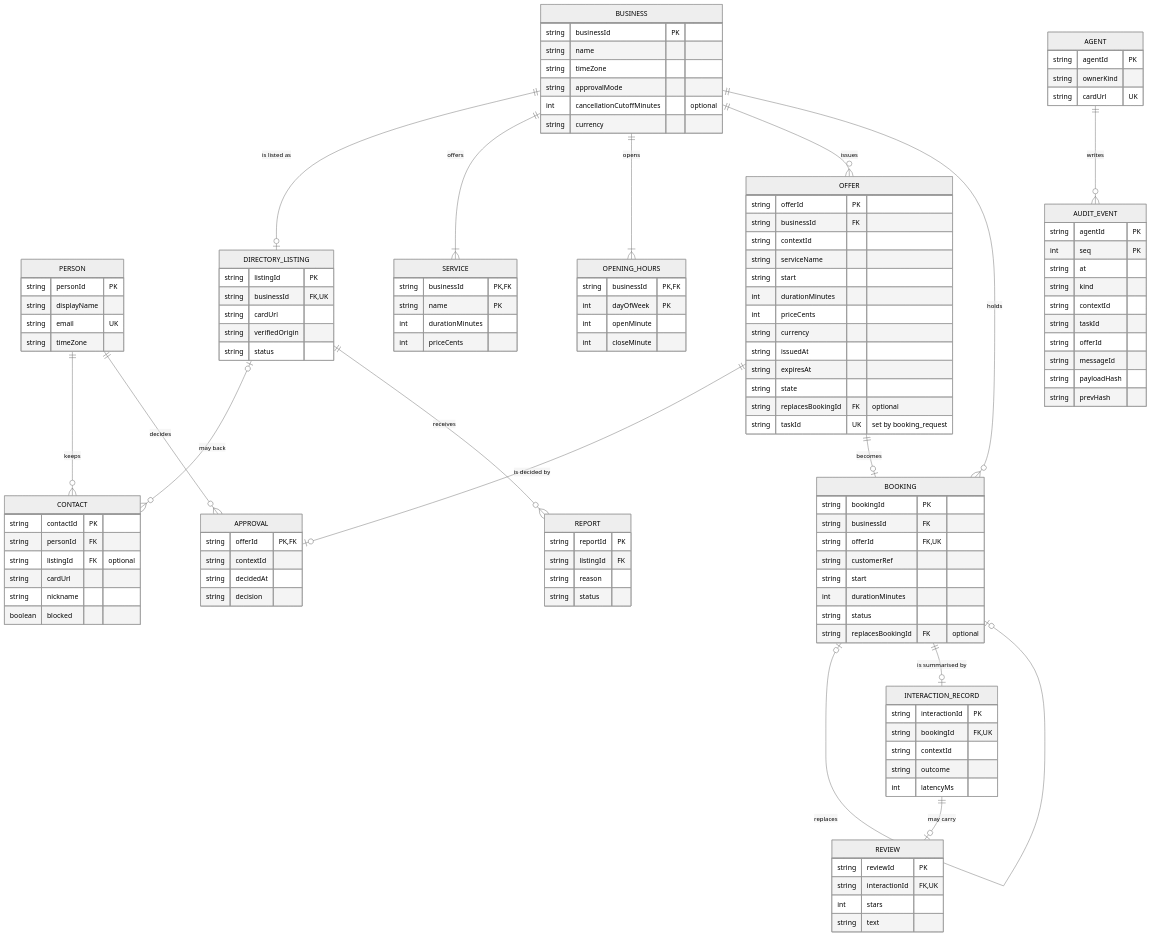
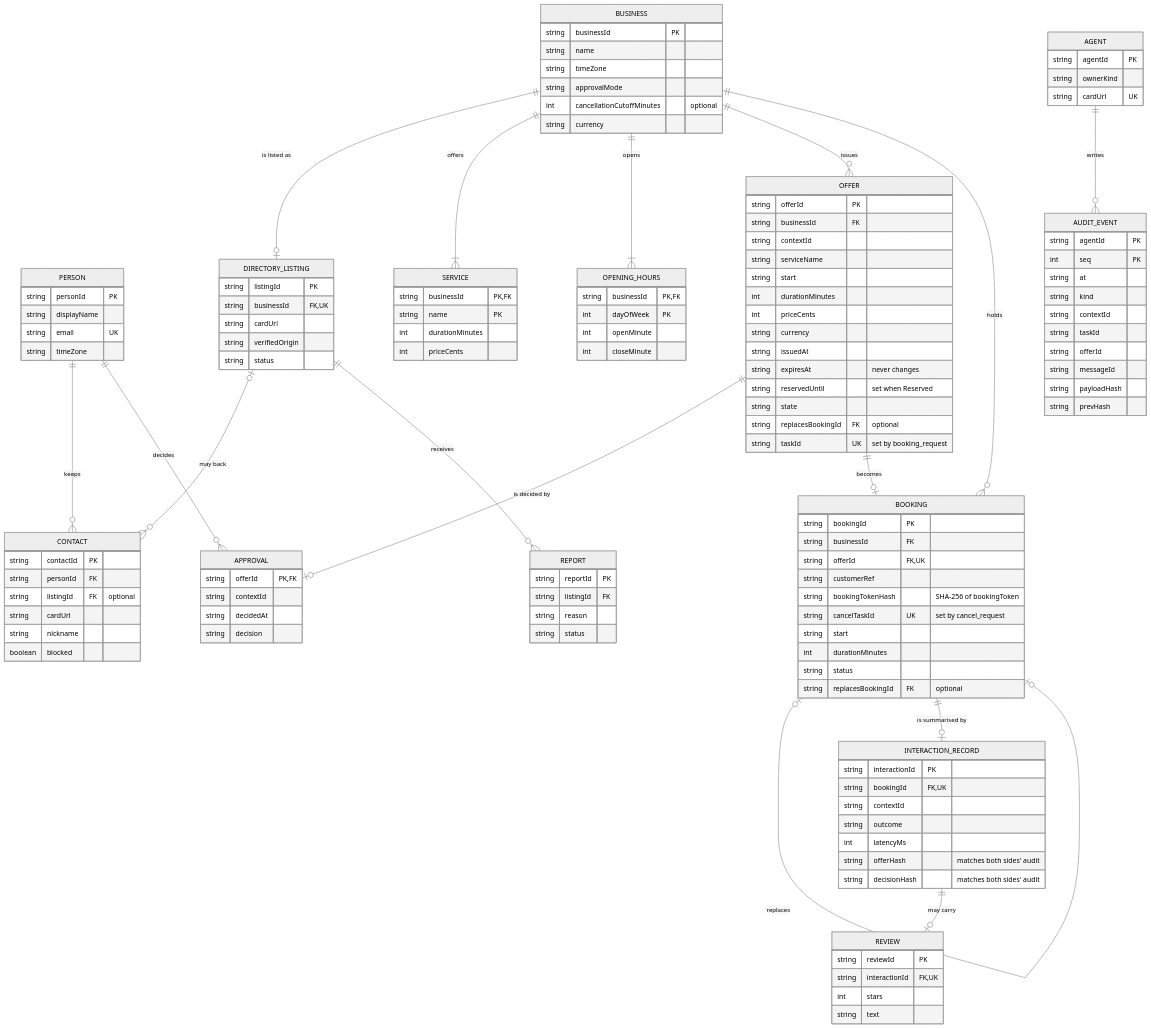
One commit to Jannisar01/hitchpost changed the diagram in docs/sad/08-data-design.md. Above: the diagram before and after it, drawn with Mermaid (neutral theme). The commit also changed other lines of this file and 22 other files, not shown here.

```diff
--- a/docs/sad/08-data-design.md
+++ b/docs/sad/08-data-design.md
@@ -77,7 +77,8 @@
     int priceCents
     string currency
     string issuedAt
-    string expiresAt
+    string expiresAt "never changes"
+    string reservedUntil "set when Reserved"
     string state
     string replacesBookingId FK "optional"
     string taskId UK "set by booking_request"
@@ -93,6 +94,8 @@
     string businessId FK
     string offerId FK,UK
     string customerRef
+    string bookingTokenHash "SHA-256 of bookingToken"
+    string cancelTaskId UK "set by cancel_request"
     string start
     int durationMinutes
     string status
@@ -123,6 +126,8 @@
     string contextId
     string outcome
     int latencyMs
+    string offerHash "matches both sides' audit"
+    string decisionHash "matches both sides' audit"
   }
   REVIEW {
     string reviewId PK
```
